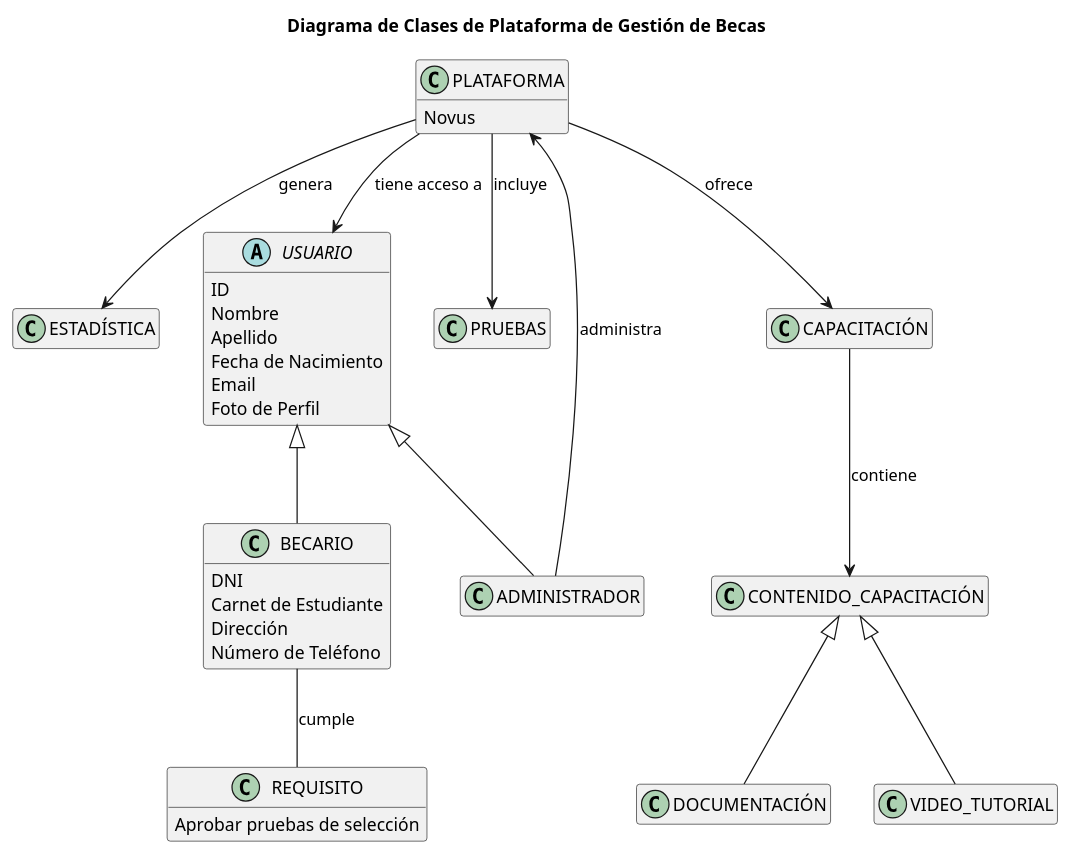
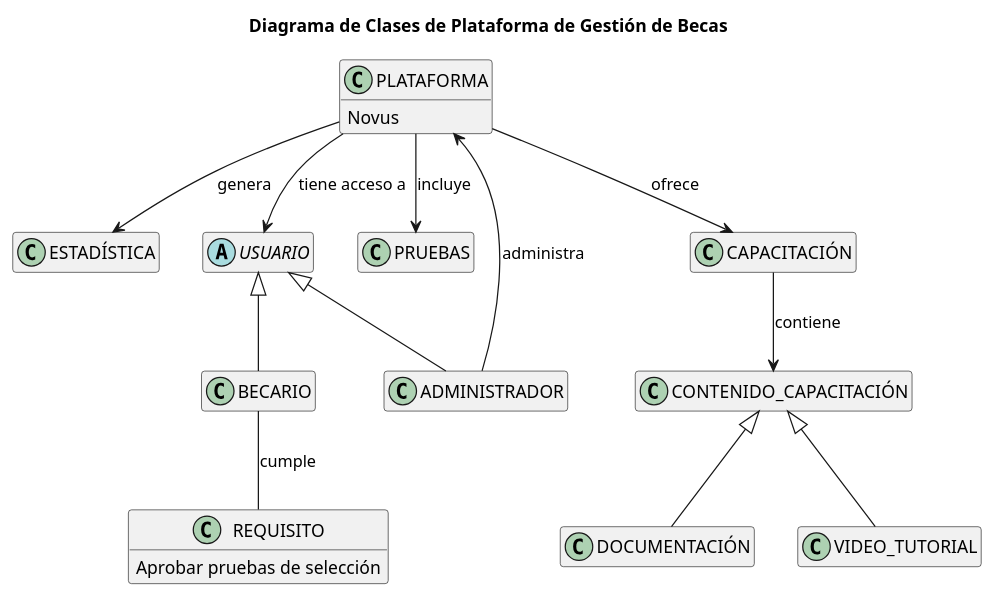
One commit to mmasias/24-25-IdSw1-SDR changed the diagram in modelo_del_dominio/diagramas_de_clases/clases.puml. Above: the diagram before and after it, drawn with PlantUML. The commit also changed 5 other files, not shown here.

Commit message:
feat: Add use case diagrams and actor descriptions to documentation

```diff
--- a/modelo_del_dominio/diagramas_de_clases/clases.puml
+++ b/modelo_del_dominio/diagramas_de_clases/clases.puml
@@ -1,68 +1,58 @@
 @startuml Diagrama_de_Clases_Beca
 
 title Diagrama de Clases de Plataforma de Gestión de Becas
 
 hide empty members
 
 class PLATAFORMA {
   Novus
 }
 
 
 class ESTADÍSTICA {
 }
 
 abstract class USUARIO {
-  ID
-  Nombre
-  Apellido
-  Fecha de Nacimiento
-  Email
-  Foto de Perfil
 }
 
 class ADMINISTRADOR {
 }
 
 class PRUEBAS {
 }
 
 class CAPACITACIÓN {
 }
 
 class CONTENIDO_CAPACITACIÓN {
 }
 
 class VIDEO_TUTORIAL {
 }
 
 class DOCUMENTACIÓN {
 }
 
 class BECARIO {
-  DNI
-  Carnet de Estudiante
-  Dirección
-  Número de Teléfono
 }
 
 class REQUISITO
 {
   Aprobar pruebas de selección
 }
 
 
 PLATAFORMA --> ESTADÍSTICA : "genera"
 PLATAFORMA --> USUARIO : "tiene acceso a"
 PLATAFORMA --> PRUEBAS : "incluye"
 PLATAFORMA --> CAPACITACIÓN : "ofrece"
 
 USUARIO <|-- ADMINISTRADOR
 ADMINISTRADOR --> PLATAFORMA : "administra"
 
 CAPACITACIÓN --> CONTENIDO_CAPACITACIÓN : "contiene"
 CONTENIDO_CAPACITACIÓN <|-- VIDEO_TUTORIAL
 CONTENIDO_CAPACITACIÓN <|-- DOCUMENTACIÓN
 BECARIO -- REQUISITO : cumple
 USUARIO <|-- BECARIO
 @enduml
```
